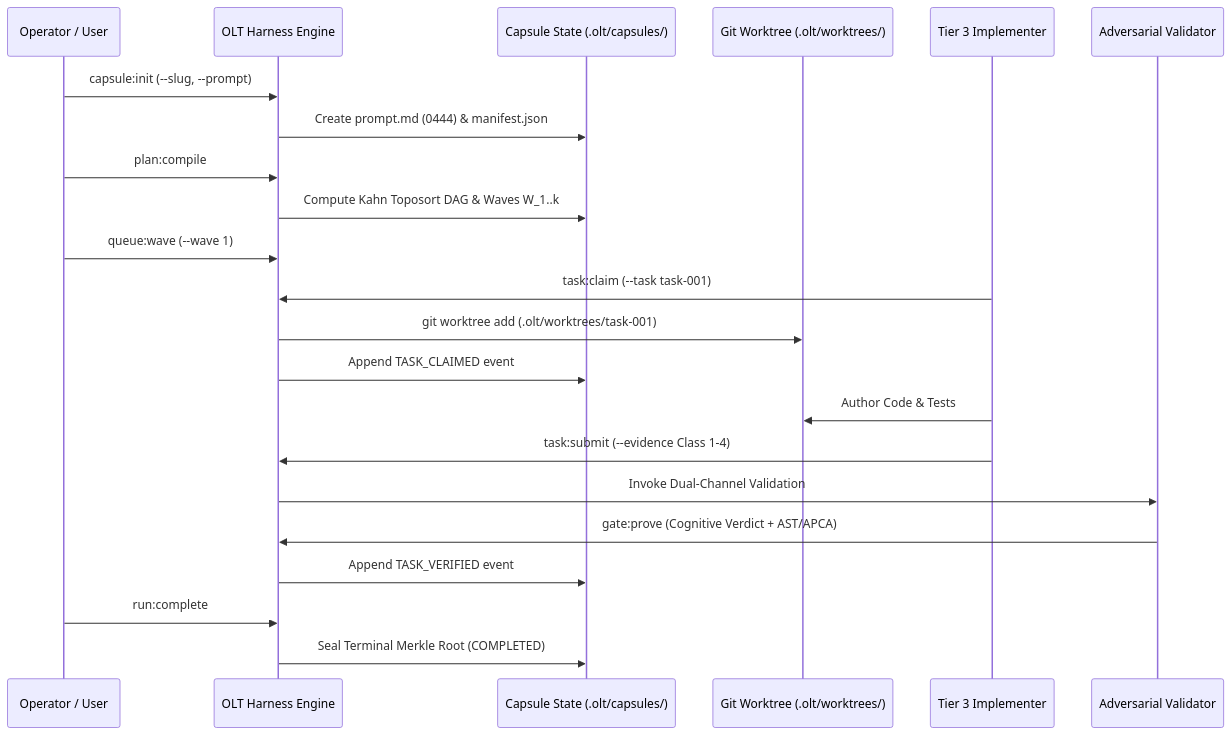
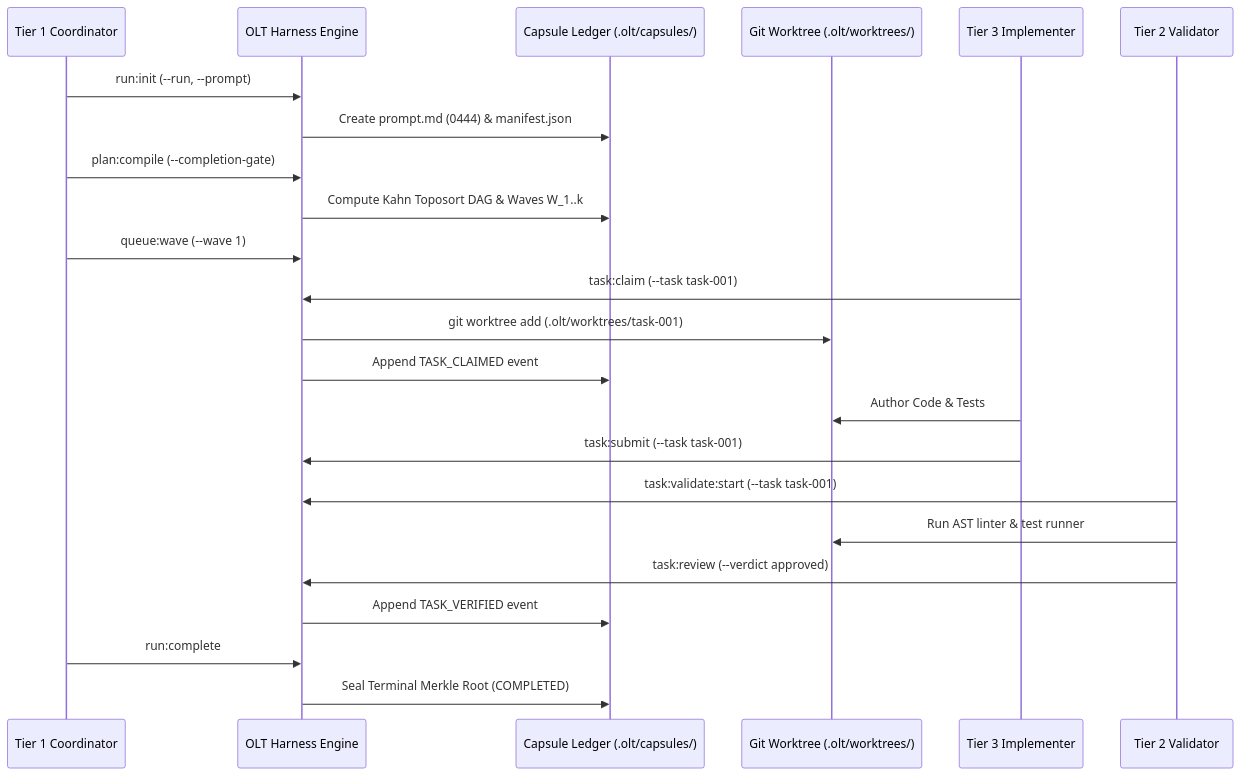
Before and after one commit to onurseckin/skills: the diagram in docs/olt/reference/quickstart.md, drawn with Mermaid. The commit also changed other lines of this file and 83 other files, not shown here.

````diff
--- a/docs/olt/reference/quickstart.md
+++ b/docs/olt/reference/quickstart.md
@@ -226,25 +265,26 @@
 ```mermaid
 sequenceDiagram
-    participant Operator as Operator / User
+    participant Coordinator as Tier 1 Coordinator
     participant Harness as OLT Harness Engine
-    participant Capsule as Capsule State (.olt/capsules/)
+    participant Capsule as Capsule Ledger (.olt/capsules/)
     participant Worktree as Git Worktree (.olt/worktrees/)
     participant Worker as Tier 3 Implementer
-    participant Validator as Adversarial Validator
+    participant Validator as Tier 2 Validator
 
-    Operator->>Harness: capsule:init (--slug, --prompt)
+    Coordinator->>Harness: run:init (--run, --prompt)
     Harness->>Capsule: Create prompt.md (0444) & manifest.json
-    Operator->>Harness: plan:compile
+    Coordinator->>Harness: plan:compile (--completion-gate)
     Harness->>Capsule: Compute Kahn Toposort DAG & Waves W_1..k
-    Operator->>Harness: queue:wave (--wave 1)
+    Coordinator->>Harness: queue:wave (--wave 1)
     Worker->>Harness: task:claim (--task task-001)
     Harness->>Worktree: git worktree add (.olt/worktrees/task-001)
     Harness->>Capsule: Append TASK_CLAIMED event
     Worker->>Worktree: Author Code & Tests
-    Worker->>Harness: task:submit (--evidence Class 1-4)
-    Harness->>Validator: Invoke Dual-Channel Validation
-    Validator->>Harness: gate:prove (Cognitive Verdict + AST/APCA)
+    Worker->>Harness: task:submit (--task task-001)
+    Validator->>Harness: task:validate:start (--task task-001)
+    Validator->>Worktree: Run AST linter & test runner
+    Validator->>Harness: task:review (--verdict approved)
     Harness->>Capsule: Append TASK_VERIFIED event
-    Operator->>Harness: run:complete
+    Coordinator->>Harness: run:complete
     Harness->>Capsule: Seal Terminal Merkle Root (COMPLETED)
 ```
````
